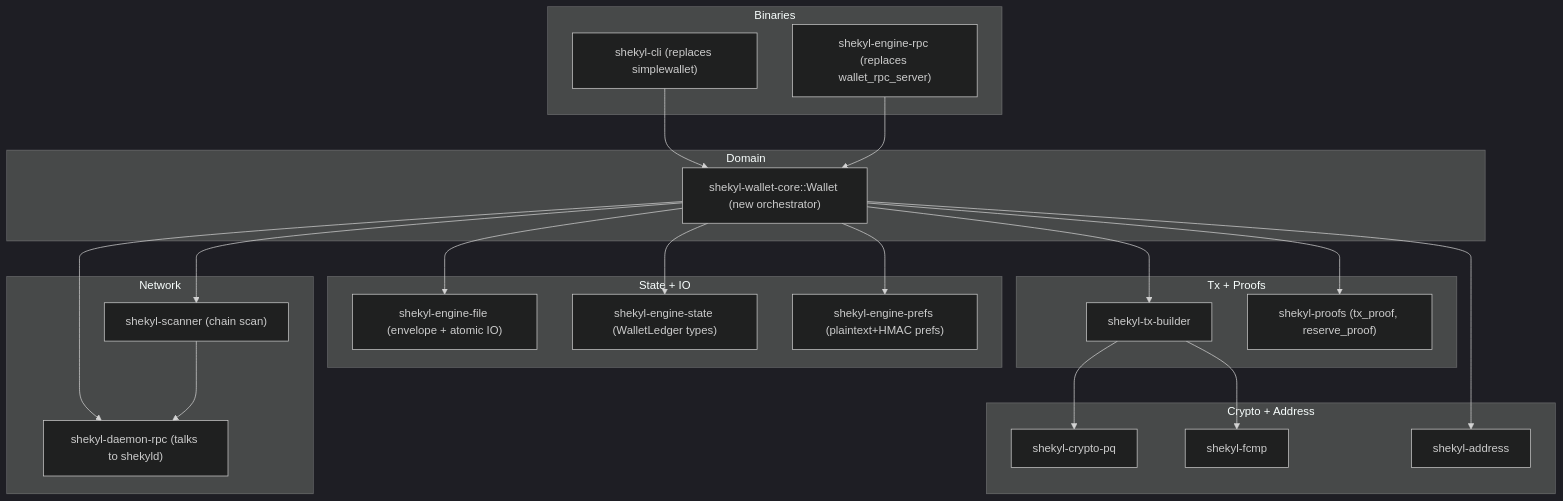
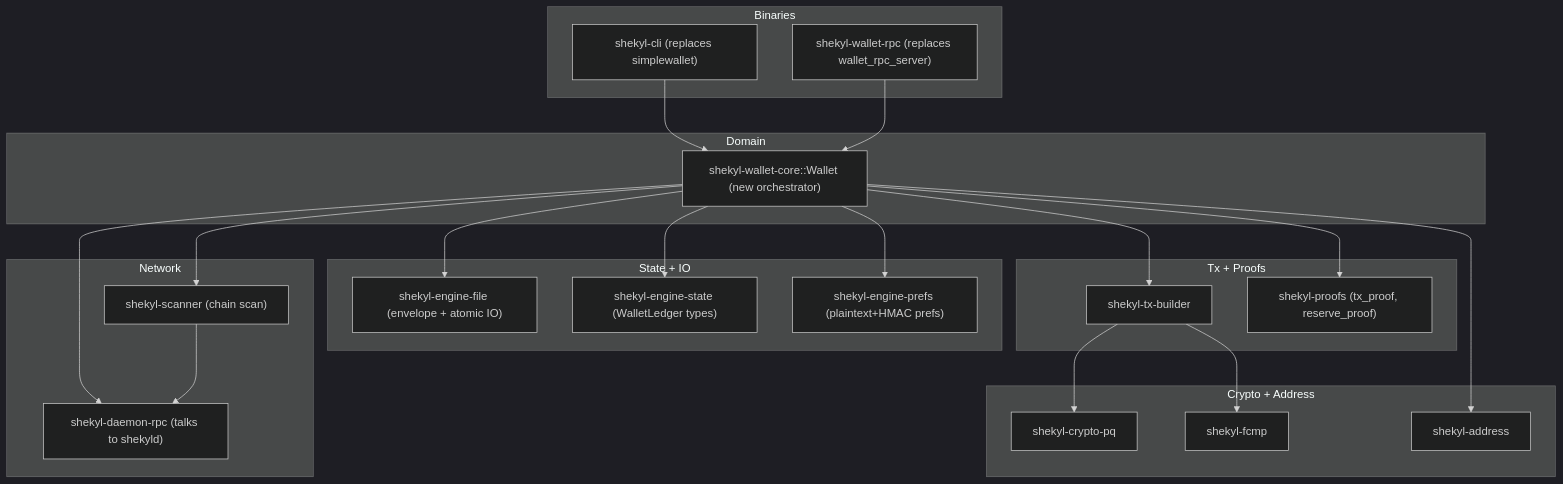
The first of 2 diagrams in docs/design/WALLET_REWRITE_PLAN.md (Shekyl-Foundation/shekyl-core), drawn with Mermaid (dark theme) before and after one commit. The commit also changed other lines of this file and 31 other files, not shown here.

````diff
--- a/docs/design/WALLET_REWRITE_PLAN.md
+++ b/docs/design/WALLET_REWRITE_PLAN.md
@@ -114,47 +114,47 @@
 ```mermaid
 flowchart TB
     subgraph Bins[Binaries]
       Cli["shekyl-cli (replaces simplewallet)"]
-      Rpc["shekyl-engine-rpc (replaces wallet_rpc_server)"]
+      Rpc["shekyl-wallet-rpc (replaces wallet_rpc_server)"]
     end
 
     subgraph Api[Domain]
       WalletCore["shekyl-wallet-core::Wallet (new orchestrator)"]
     end
 
     subgraph State[State + IO]
       WFile["shekyl-engine-file (envelope + atomic IO)"]
       WState["shekyl-engine-state (WalletLedger types)"]
       WPrefs["shekyl-engine-prefs (plaintext+HMAC prefs)"]
     end
 
     subgraph Net[Network]
       DRpc["shekyl-daemon-rpc (talks to shekyld)"]
       Scanner["shekyl-scanner (chain scan)"]
     end
 
     subgraph TxC[Tx + Proofs]
       TxB["shekyl-tx-builder"]
       Proofs["shekyl-proofs (tx_proof, reserve_proof)"]
     end
 
     subgraph Crypto[Crypto + Address]
       CryptoPq["shekyl-crypto-pq"]
       Fcmp["shekyl-fcmp"]
       Address["shekyl-address"]
     end
 
     Cli --> WalletCore
     Rpc --> WalletCore
     WalletCore --> WFile
     WalletCore --> WState
     WalletCore --> WPrefs
     WalletCore --> Scanner
     WalletCore --> TxB
     WalletCore --> Proofs
     WalletCore --> Address
     WalletCore --> DRpc
     Scanner --> DRpc
     TxB --> Fcmp
     TxB --> CryptoPq
 ```
````
